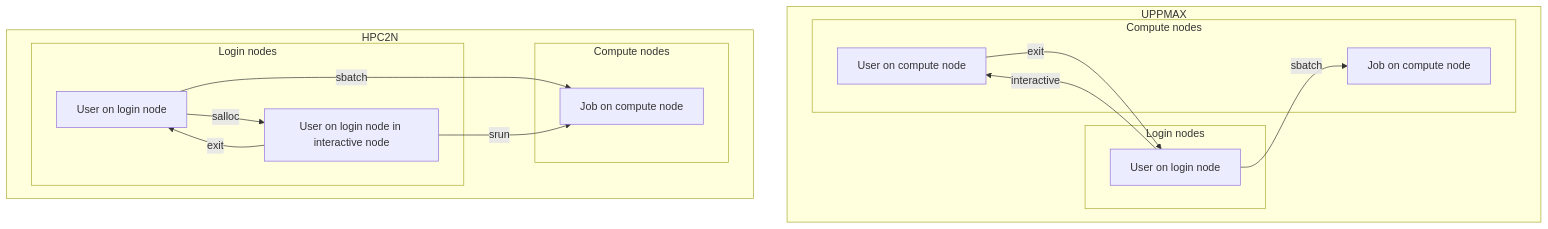
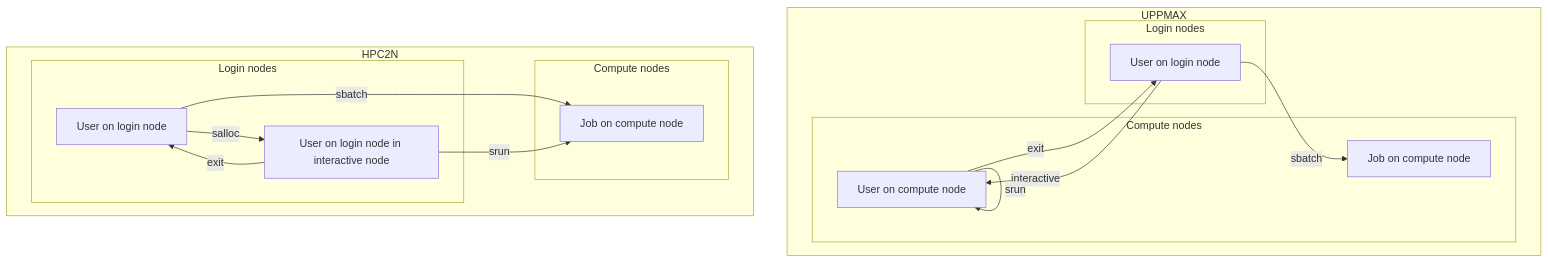
One commit to UPPMAX/R-python-julia-matlab-HPC changed the diagram in docs/python/interactive_node_transitions.mmd. Above: the diagram before and after it, drawn with Mermaid.

Commit message:
Improve graph

```diff
--- a/docs/python/interactive_node_transitions.mmd
+++ b/docs/python/interactive_node_transitions.mmd
@@ -1,33 +1,34 @@
 flowchart TD
   subgraph uppmax[UPPMAX]
   subgraph login_node[Login nodes]
     user_on_login_node[User on login node]
   end
 
   subgraph compute_node[Compute nodes]
     user_on_computer_node[User on compute node]
     job_on_compute_node[Job on compute node]
   end
   end
 
   subgraph hpc2n[HPC2N]
   subgraph hpc2n_login_node[Login nodes]
     hpc2n_user_on_login_node[User on login node]
     hpc2n_user_in_interactive_mode[User on login node in interactive node]
   end
 
   subgraph hpc2n_compute_node[Compute nodes]
     hpcn2_job_on_compute_node[Job on compute node]
   end
   end
 
   user_on_login_node --> |interactive| user_on_computer_node
   user_on_login_node --> |sbatch| job_on_compute_node
 
   user_on_computer_node --> |exit| user_on_login_node
+  user_on_computer_node --> |srun| user_on_computer_node
 
 
   hpc2n_user_on_login_node --> |salloc| hpc2n_user_in_interactive_mode
   hpc2n_user_in_interactive_mode --> |exit| hpc2n_user_on_login_node
   hpc2n_user_on_login_node --> |sbatch| hpcn2_job_on_compute_node
   hpc2n_user_in_interactive_mode --> |srun| hpcn2_job_on_compute_node
```
